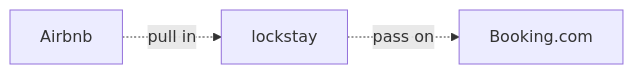
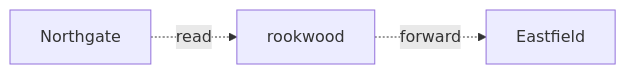
The fifth of 7 diagrams in packages/markdown/corpus/20-architecture-map.md (Neaox/quill), drawn with Mermaid before and after one commit. The commit also changed other lines of this file and 90 other files, not shown here.

````diff
--- a/packages/markdown/corpus/20-architecture-map.md
+++ b/packages/markdown/corpus/20-architecture-map.md
@@ -156,5 +156,5 @@
 ```mermaid
 flowchart LR
-  airbnb[Airbnb] -.->|pull in| lockstay
-  lockstay -.->|pass on| booking[Booking.com]
+  northgate[Northgate] -.->|read| rookwood
+  rookwood -.->|forward| eastfield[Eastfield]
 ```
````
